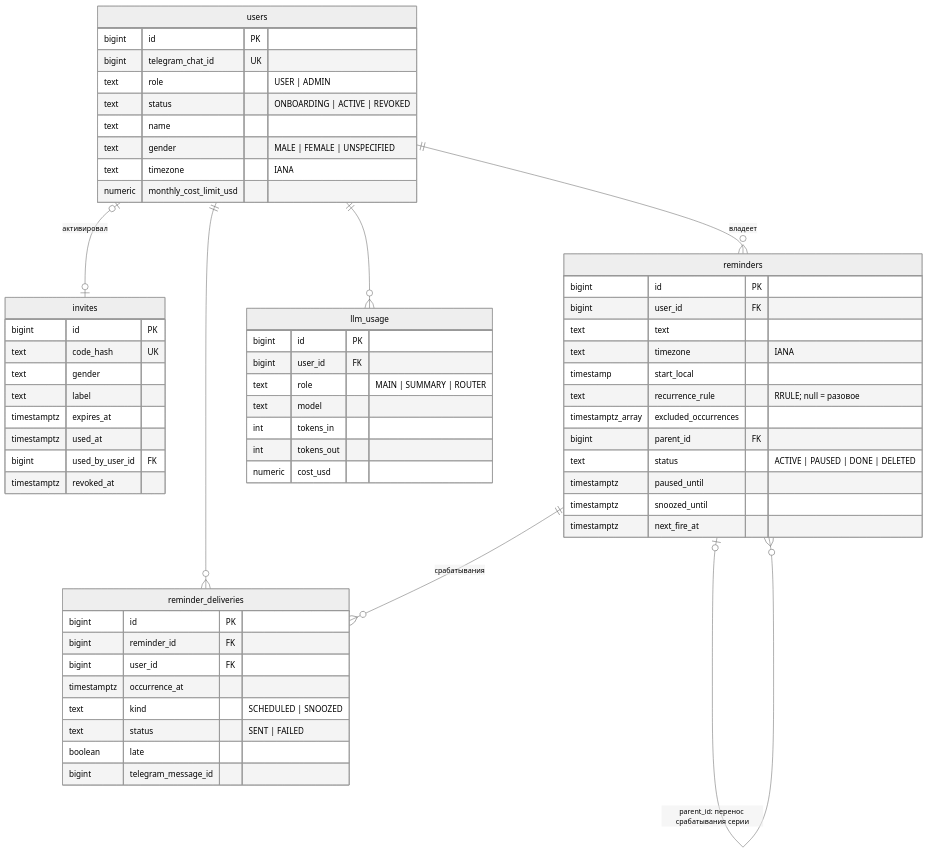
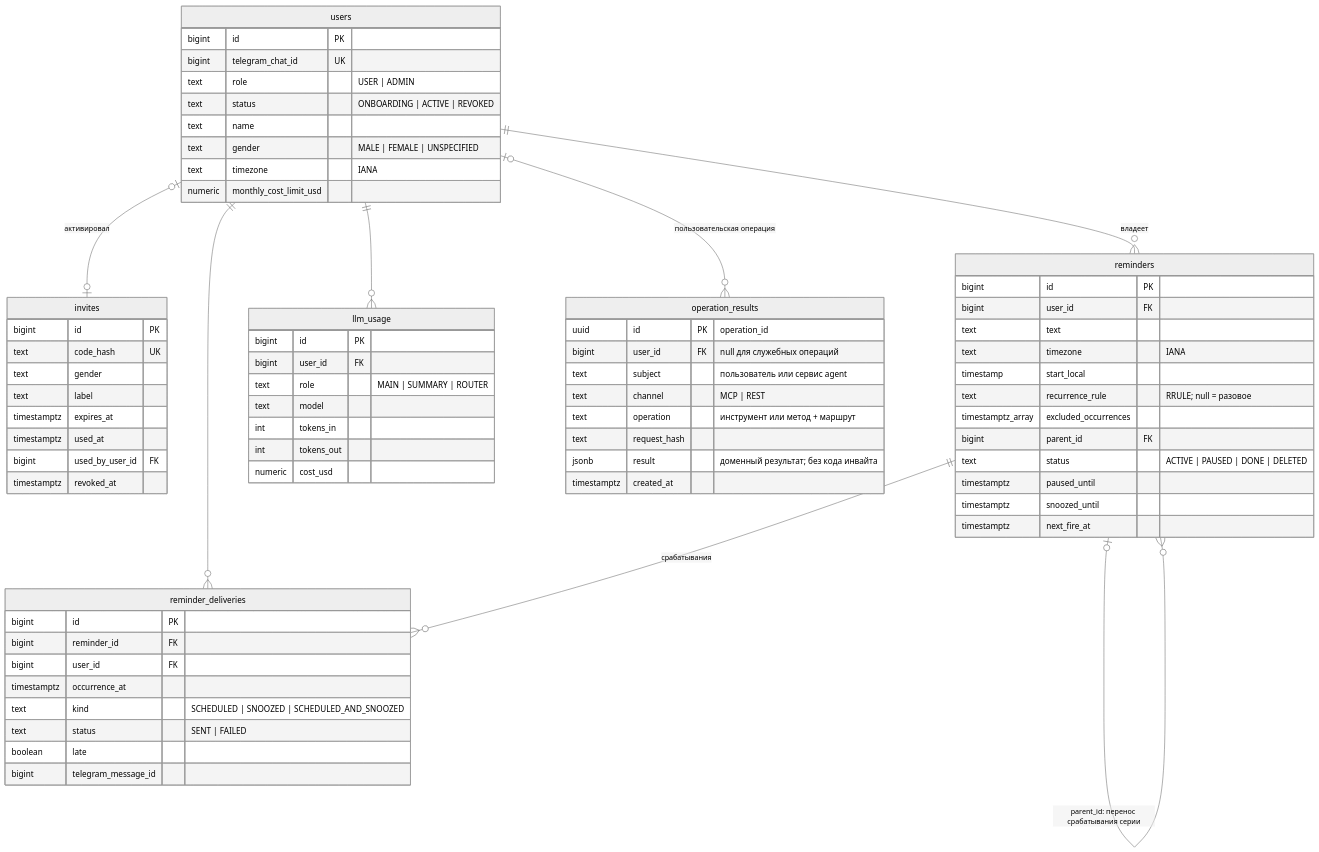
Before and after one commit to 1Avalanche/theseus: the first of 4 diagrams in docs/database.md, drawn with Mermaid (neutral theme). The commit also changed other lines of this file and 8 other files, not shown here.

````diff
--- a/docs/database.md
+++ b/docs/database.md
@@ -29,63 +30,74 @@
 ```mermaid
 erDiagram
     users |o--o| invites : "активировал"
     users ||--o{ reminders : "владеет"
     users ||--o{ reminder_deliveries : ""
     users ||--o{ llm_usage : ""
+    users |o--o{ operation_results : "пользовательская операция"
     reminders ||--o{ reminder_deliveries : "срабатывания"
     reminders |o--o{ reminders : "parent_id: перенос срабатывания серии"
 
     users {
         bigint id PK
         bigint telegram_chat_id UK
         text role "USER | ADMIN"
         text status "ONBOARDING | ACTIVE | REVOKED"
         text name
         text gender "MALE | FEMALE | UNSPECIFIED"
         text timezone "IANA"
         numeric monthly_cost_limit_usd
     }
     invites {
         bigint id PK
         text code_hash UK
         text gender
         text label
         timestamptz expires_at
         timestamptz used_at
         bigint used_by_user_id FK
         timestamptz revoked_at
     }
     reminders {
         bigint id PK
         bigint user_id FK
         text text
         text timezone "IANA"
         timestamp start_local
         text recurrence_rule "RRULE; null = разовое"
         timestamptz_array excluded_occurrences
         bigint parent_id FK
         text status "ACTIVE | PAUSED | DONE | DELETED"
         timestamptz paused_until
         timestamptz snoozed_until
         timestamptz next_fire_at
     }
     reminder_deliveries {
         bigint id PK
         bigint reminder_id FK
         bigint user_id FK
         timestamptz occurrence_at
-        text kind "SCHEDULED | SNOOZED"
+        text kind "SCHEDULED | SNOOZED | SCHEDULED_AND_SNOOZED"
         text status "SENT | FAILED"
         boolean late
         bigint telegram_message_id
     }
     llm_usage {
         bigint id PK
         bigint user_id FK
         text role "MAIN | SUMMARY | ROUTER"
         text model
         int tokens_in
         int tokens_out
         numeric cost_usd
     }
+    operation_results {
+        uuid id PK "operation_id"
+        bigint user_id FK "null для служебных операций"
+        text subject "пользователь или сервис agent"
+        text channel "MCP | REST"
+        text operation "инструмент или метод + маршрут"
+        text request_hash
+        jsonb result "доменный результат; без кода инвайта"
+        timestamptz created_at
+    }
 ```
````
